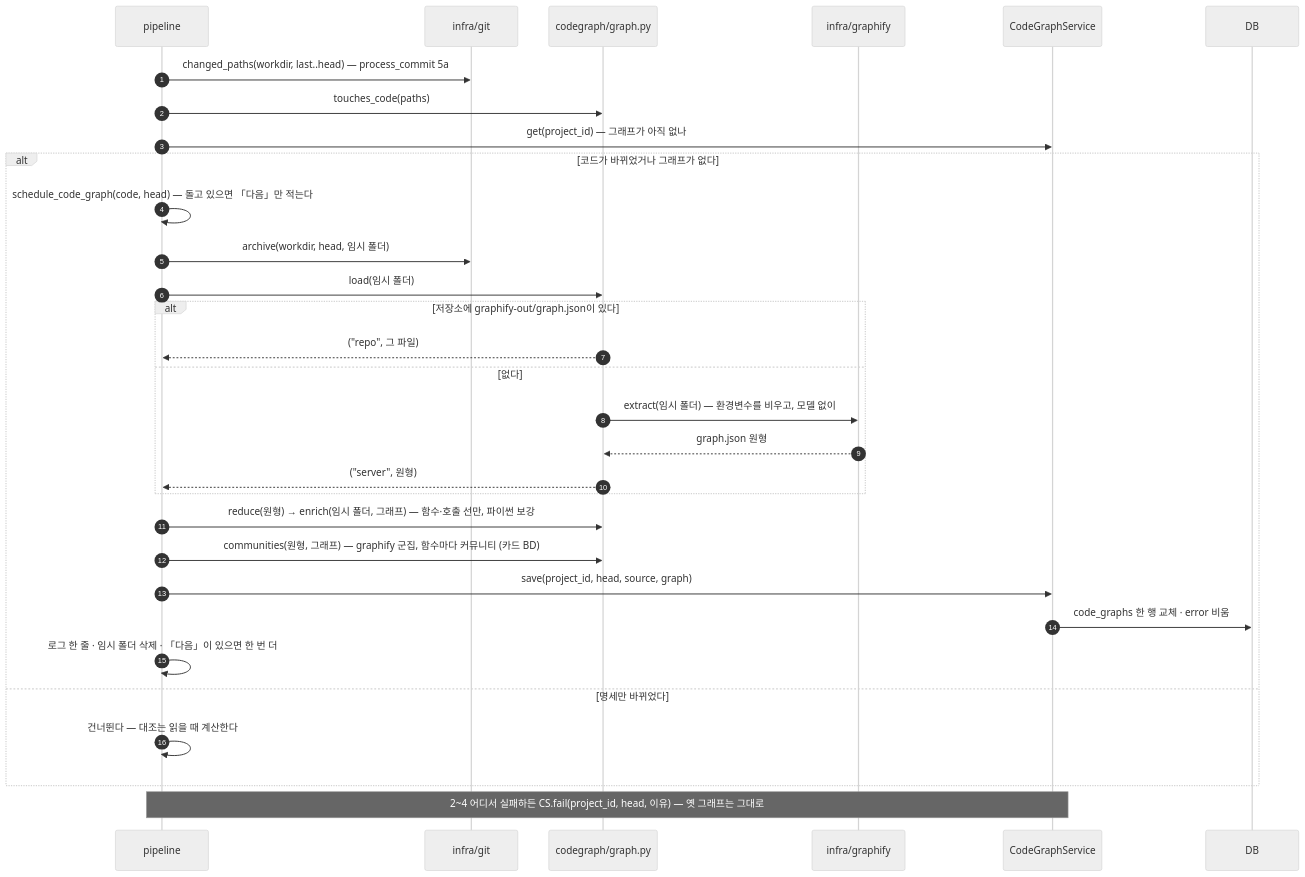
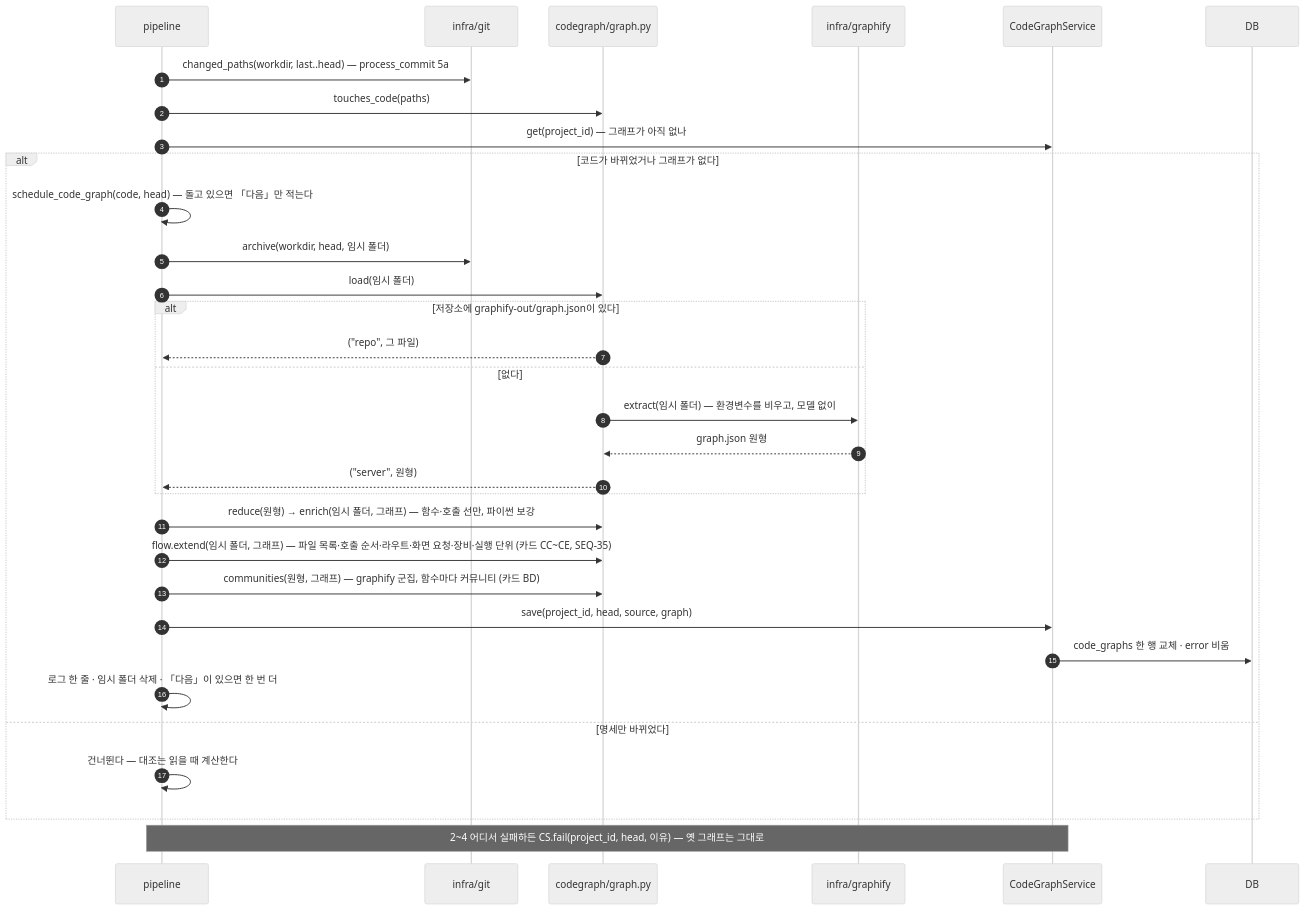
Before and after one commit to HoyoungParkme/syncdoc: diagram 22 of 36 in docs/specs/09-SEQ/SYNC-SEQ-001.md, drawn with Mermaid (neutral theme). The commit also changed other lines of this file and 20 other files, not shown here.

````diff
--- a/docs/specs/09-SEQ/SYNC-SEQ-001.md
+++ b/docs/specs/09-SEQ/SYNC-SEQ-001.md
@@ -1129,34 +1129,35 @@
 ```mermaid
 sequenceDiagram
     autonumber
     participant P as pipeline
     participant G as infra/git
     participant CG as codegraph/graph.py
     participant GF as infra/graphify
     participant CS as CodeGraphService
     participant DB
 
     P->>G: changed_paths(workdir, last..head) — process_commit 5a
     P->>CG: touches_code(paths)
     P->>CS: get(project_id) — 그래프가 아직 없나
     alt 코드가 바뀌었거나 그래프가 없다
         P->>P: schedule_code_graph(code, head) — 돌고 있으면 「다음」만 적는다
         P->>G: archive(workdir, head, 임시 폴더)
         P->>CG: load(임시 폴더)
         alt 저장소에 graphify-out/graph.json이 있다
             CG-->>P: ("repo", 그 파일)
         else 없다
             CG->>GF: extract(임시 폴더) — 환경변수를 비우고, 모델 없이
             GF-->>CG: graph.json 원형
             CG-->>P: ("server", 원형)
         end
         P->>CG: reduce(원형) → enrich(임시 폴더, 그래프) — 함수·호출 선만, 파이썬 보강
+        P->>CG: flow.extend(임시 폴더, 그래프) — 파일 목록·호출 순서·라우트·화면 요청·장비·실행 단위 (카드 CC~CE, SEQ-35)
         P->>CG: communities(원형, 그래프) — graphify 군집, 함수마다 커뮤니티 (카드 BD)
         P->>CS: save(project_id, head, source, graph)
         CS->>DB: code_graphs 한 행 교체 · error 비움
         P->>P: 로그 한 줄 · 임시 폴더 삭제 · 「다음」이 있으면 한 번 더
     else 명세만 바뀌었다
         P->>P: 건너뛴다 — 대조는 읽을 때 계산한다
     end
     Note over P,CS: 2~4 어디서 실패하든 CS.fail(project_id, head, 이유) — 옛 그래프는 그대로
 ```
````
